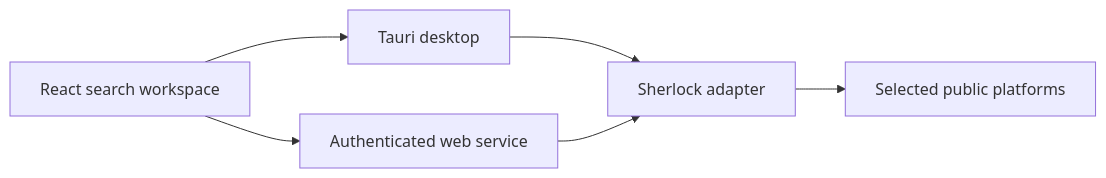
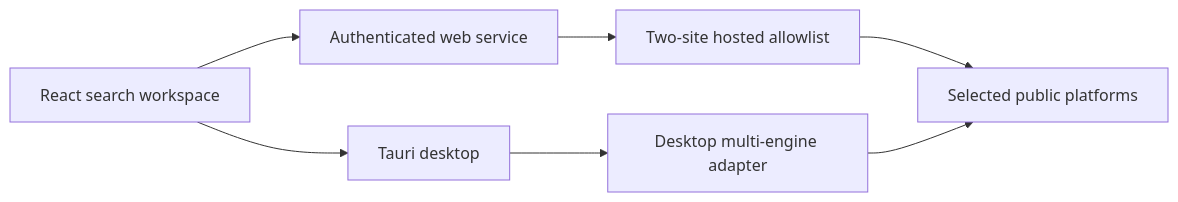
Before and after one commit to ish4ra/HuntWick: the second of 2 diagrams in README.md, drawn with Mermaid. The commit also changed other lines of this file and 5 other files, not shown here.

````diff
--- a/README.md
+++ b/README.md
@@ -96,8 +98,9 @@
 ```mermaid
 flowchart LR
     UI[React search workspace] --> Native[Tauri desktop]
     UI --> HTTP[Authenticated web service]
-    Native --> Engine[Sherlock adapter]
-    HTTP --> Engine
+    Native --> Engine[Desktop multi-engine adapter]
+    HTTP --> Hosted[Two-site hosted allowlist]
+    Hosted --> Sites
     Engine --> Sites[Selected public platforms]
 ```
````
